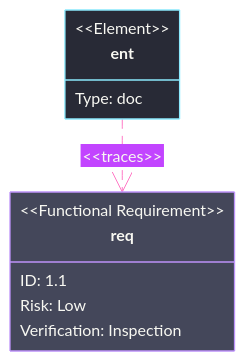
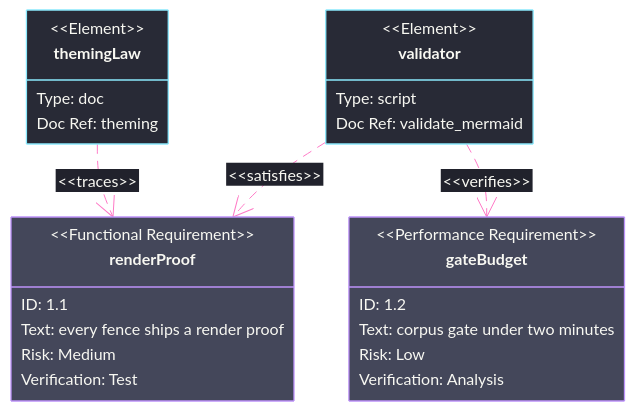
Before and after one commit to bsamiee/Rasm: the fourth of 25 diagrams in .claude/skills/mermaid-diagramming/references/syntax-extended.md, drawn with Mermaid. The commit also changed other lines of this file and 56 other files, not shown here.

````diff
--- a/.claude/skills/mermaid-diagramming/references/syntax-extended.md
+++ b/.claude/skills/mermaid-diagramming/references/syntax-extended.md
@@ -113,37 +209,57 @@
 ```mermaid
 ---
 config:
   theme: base
   look: classic
   htmlLabels: false
+  requirement:
+    fontSize: 13
+    rect_min_width: 190
+    rect_min_height: 80
+    rect_padding: 12
   themeVariables:
     darkMode: true
     fontFamily: "SF Mono, Menlo, Cascadia Mono, Segoe UI Mono, Consolas, monospace"
     useGradient: false
     dropShadow: "none"
     textColor: "#F8F8F2"
     requirementBackground: "#44475A"
     requirementBorderColor: "#BD93F9"
     requirementTextColor: "#F8F8F2"
     relationColor: "#FF79C6"
     relationLabelColor: "#F8F8F2"
     relationLabelBackground: "#21222C"
+    edgeLabelBackground: "#21222C"
+  themeCSS: ".relationshipLine{stroke-width:1.5px;stroke-dasharray:4 6}[id$='requirement_arrowEnd'] path{transform:scale(.5);transform-origin:20px 10px}[id$='requirement_containsStart'] circle,[id$='requirement_containsStart'] line{transform:scale(.6);transform-origin:0px 10px}.reqTitle{font-weight:600}"
 ---
 requirementDiagram
-  accTitle: Requirement trace demo
-  accDescr: One document element satisfying and tracing a functional requirement.
-  functionalRequirement req {
+  accTitle: Render requirement trace
+  accDescr: A render-proof requirement satisfied by the validator, verified by the corpus gate, and traced to the theming law document.
+  functionalRequirement renderProof {
     id: 1.1
+    text: every fence ships a render proof
+    risk: Medium
+    verifyMethod: Test
+  }
+  performanceRequirement gateBudget {
+    id: 1.2
+    text: corpus gate under two minutes
     risk: Low
-    verifymethod: Inspection
+    verifyMethod: Analysis
   }
-  element ent {
+  element validator {
+    type: script
+    docref: validate_mermaid
+  }
+  element themingLaw {
     type: doc
+    docref: theming
   }
-  ent - satisfies -> req
-  req <- traces - ent
+  validator - satisfies -> renderProof
+  validator - verifies -> gateBudget
+  renderProof <- traces - themingLaw
   classDef primary fill:#44475A,stroke:#BD93F9,color:#F8F8F2
   classDef external fill:#282A36,stroke:#8BE9FD,color:#F8F8F2
-  class req primary
-  class ent external
+  class renderProof,gateBudget primary
+  class validator,themingLaw external
 ```
````
